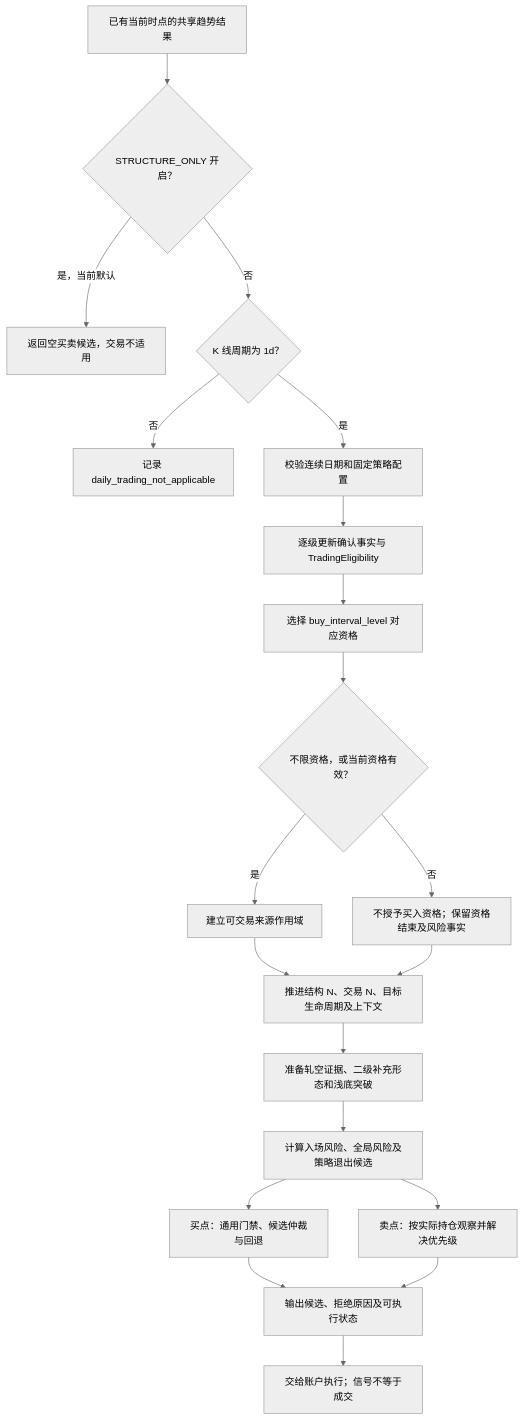
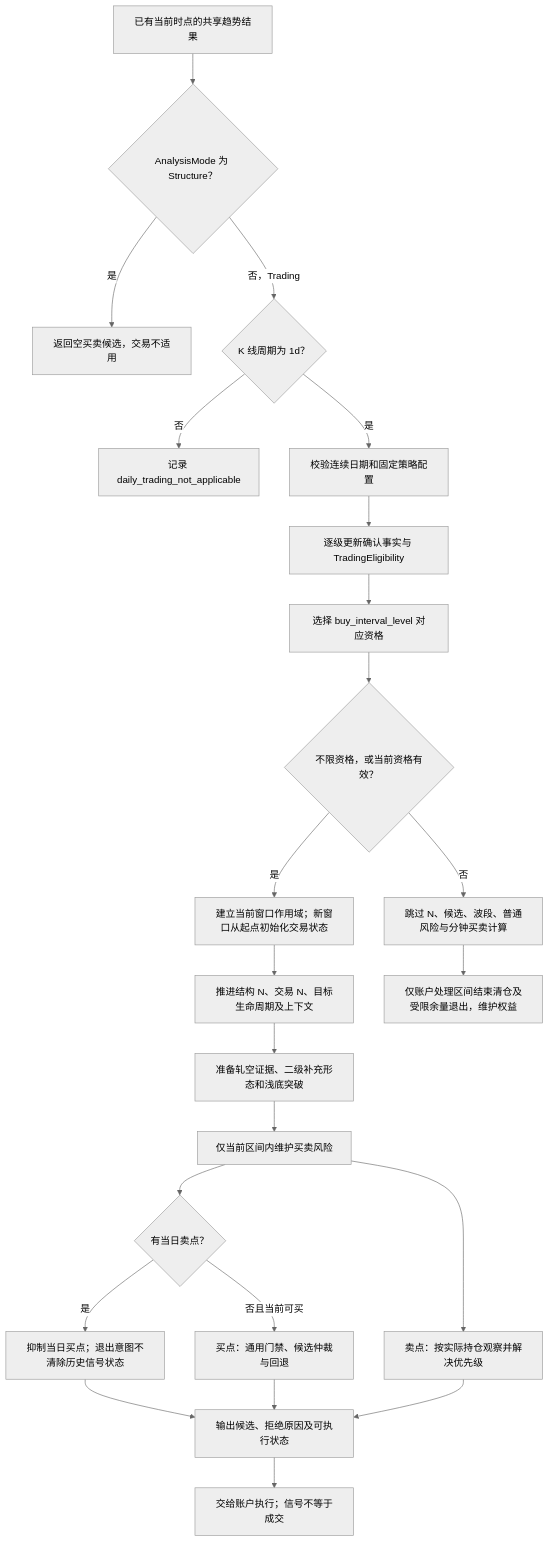
Diagram 25 of 29 in docs/trend-analysis-flow.md (bobo553/wavequant-monorepo), drawn with Mermaid (neutral theme) before and after one commit. The commit also changed other lines of this file and 38 other files, not shown here.

````diff
--- a/docs/trend-analysis-flow.md
+++ b/docs/trend-analysis-flow.md
@@ -792,22 +823,25 @@
 ```mermaid
 flowchart TD
-    A["已有当前时点的共享趋势结果"] --> B{"STRUCTURE_ONLY 开启？"}
-    B -->|是，当前默认| C["返回空买卖候选，交易不适用"]
-    B -->|否| D{"K 线周期为 1d？"}
+    A["已有当前时点的共享趋势结果"] --> B{"AnalysisMode 为 Structure？"}
+    B -->|是| C["返回空买卖候选，交易不适用"]
+    B -->|否，Trading| D{"K 线周期为 1d？"}
     D -->|否| E["记录 daily_trading_not_applicable"]
     D -->|是| F["校验连续日期和固定策略配置"]
     F --> G["逐级更新确认事实与 TradingEligibility"]
     G --> H["选择 buy_interval_level 对应资格"]
     H --> I{"不限资格，或当前资格有效？"}
-    I -->|是| J["建立可交易来源作用域"]
-    I -->|否| K["不授予买入资格；保留资格结束及风险事实"]
+    I -->|是| J["建立当前窗口作用域；新窗口从起点初始化交易状态"]
+    I -->|否| K["跳过 N、候选、波段、普通风险与分钟买卖计算"]
     J --> L["推进结构 N、交易 N、目标生命周期及上下文"]
-    K --> L
+    K --> T["仅账户处理区间结束清仓及受限余量退出，维护权益"]
     L --> M["准备轧空证据、二级补充形态和浅底突破"]
-    M --> N["计算入场风险、全局风险及策略退出候选"]
-    N --> O["买点：通用门禁、候选仲裁与回退"]
+    M --> N["仅当前区间内维护买卖风险"]
+    N --> S{"有当日卖点？"}
+    S -->|否且当前可买| O["买点：通用门禁、候选仲裁与回退"]
+    S -->|是| X["抑制当日买点；退出意图不清除历史信号状态"]
+    X --> Q
     N --> P["卖点：按实际持仓观察并解决优先级"]
     O --> Q["输出候选、拒绝原因及可执行状态"]
     P --> Q
     Q --> R["交给账户执行；信号不等于成交"]
 ```
````
